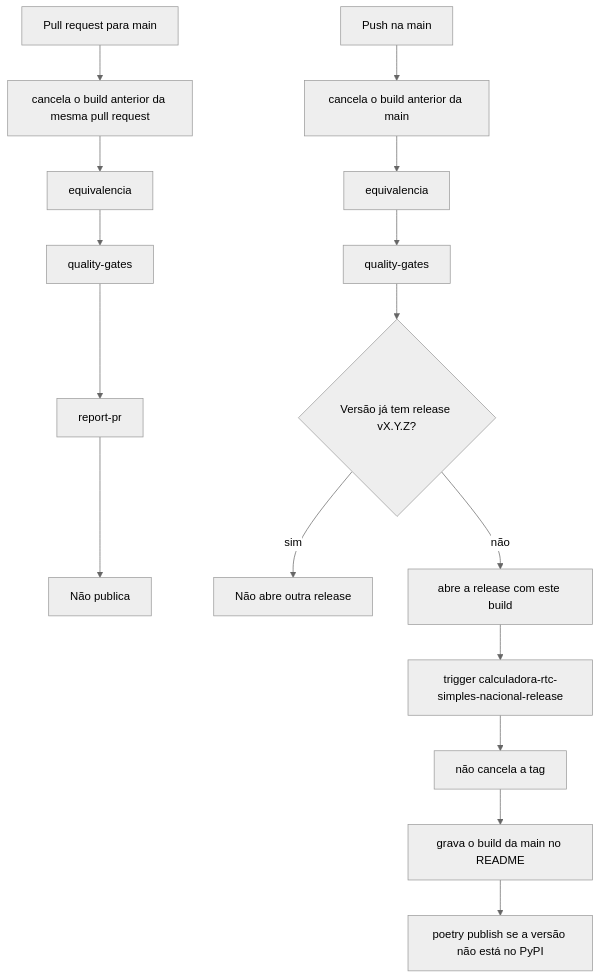
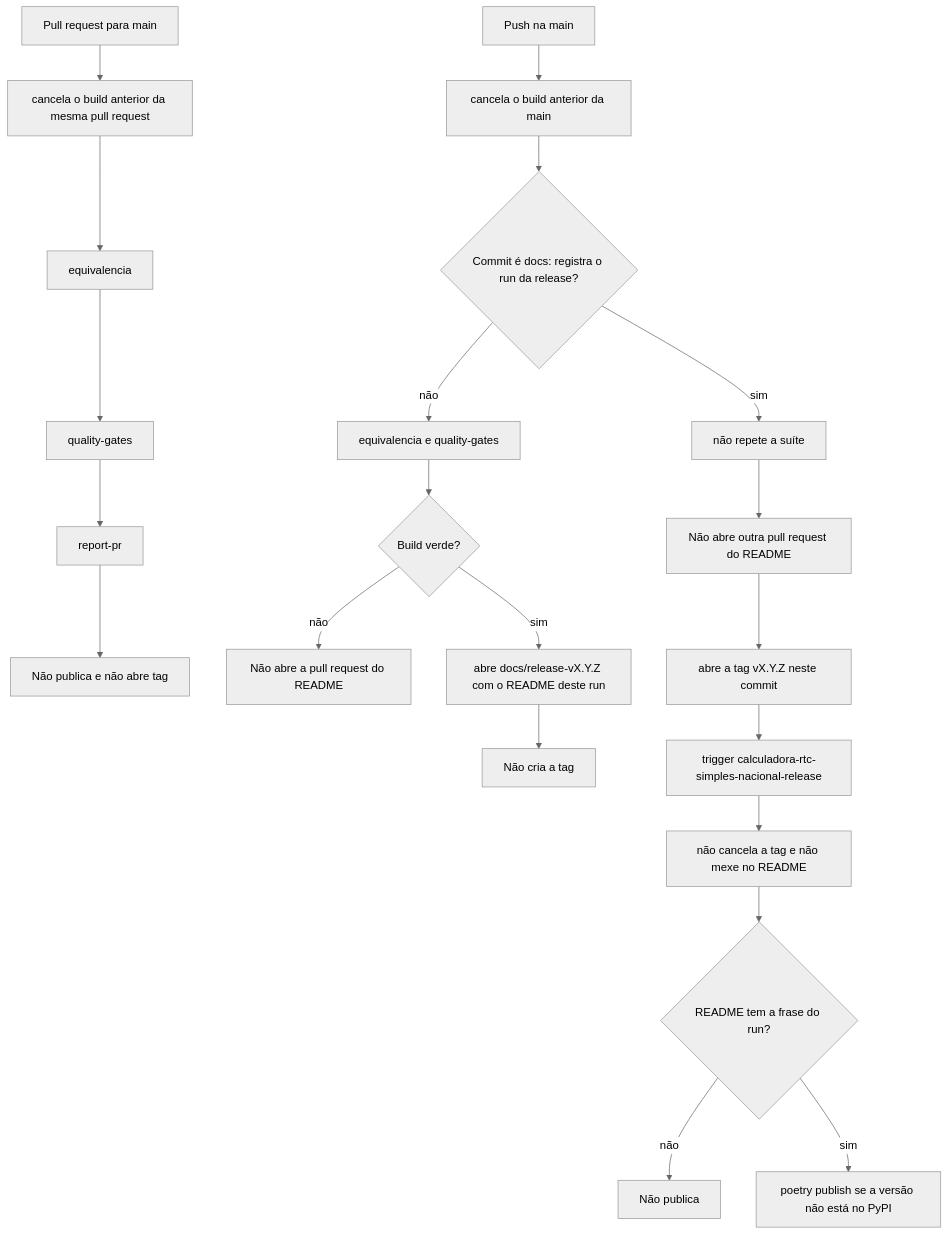
Before and after one commit to garusocruz/calculadora-rtc-simples-nacional: the first of 3 diagrams in docs/publicacao-flow.md, drawn with Mermaid (neutral theme). The commit also changed other lines of this file, not shown here.

Commit message:
docs: o flow da publicação abre a pull request do README

````diff
--- a/docs/publicacao-flow.md
+++ b/docs/publicacao-flow.md
@@ -9,18 +9,23 @@
 ```mermaid
 flowchart TD
   pr[Pull request para main] --> cancelaPr[cancela o build anterior da mesma pull request]
   cancelaPr --> equiv[equivalencia]
   equiv --> qg[quality-gates]
   qg --> comentario[report-pr]
-  comentario --> fimPr[Não publica]
+  comentario --> fimPr[Não publica e não abre tag]
   merge[Push na main] --> cancelaMain[cancela o build anterior da main]
-  cancelaMain --> equivMain[equivalencia]
-  equivMain --> qgMain[quality-gates]
-  qgMain --> nova{Versão já tem release vX.Y.Z?}
-  nova -->|sim| fimMain[Não abre outra release]
-  nova -->|não| abre[abre a release com este build]
-  abre --> rel[trigger calculadora-rtc-simples-nacional-release]
-  rel --> segue[não cancela a tag]
-  segue --> readme[grava o build da main no README]
-  readme --> pypi[poetry publish se a versão não está no PyPI]
+  cancelaMain --> tipo{Commit é docs: registra o run da release?}
+  tipo -->|não| suite[equivalencia e quality-gates]
+  suite --> verde{Build verde?}
+  verde -->|não| paraSuite[Não abre a pull request do README]
+  verde -->|sim| readmePr[abre docs/release-vX.Y.Z com o README deste run]
+  readmePr --> semTag[Não cria a tag]
+  tipo -->|sim| pula[não repete a suíte]
+  pula --> semOutraPr[Não abre outra pull request do README]
+  semOutraPr --> tag[abre a tag vX.Y.Z neste commit]
+  tag --> rel[trigger calculadora-rtc-simples-nacional-release]
+  rel --> segue[não cancela a tag e não mexe no README]
+  segue --> frase{README tem a frase do run?}
+  frase -->|não| recusa[Não publica]
+  frase -->|sim| pypi[poetry publish se a versão não está no PyPI]
 ```
````
